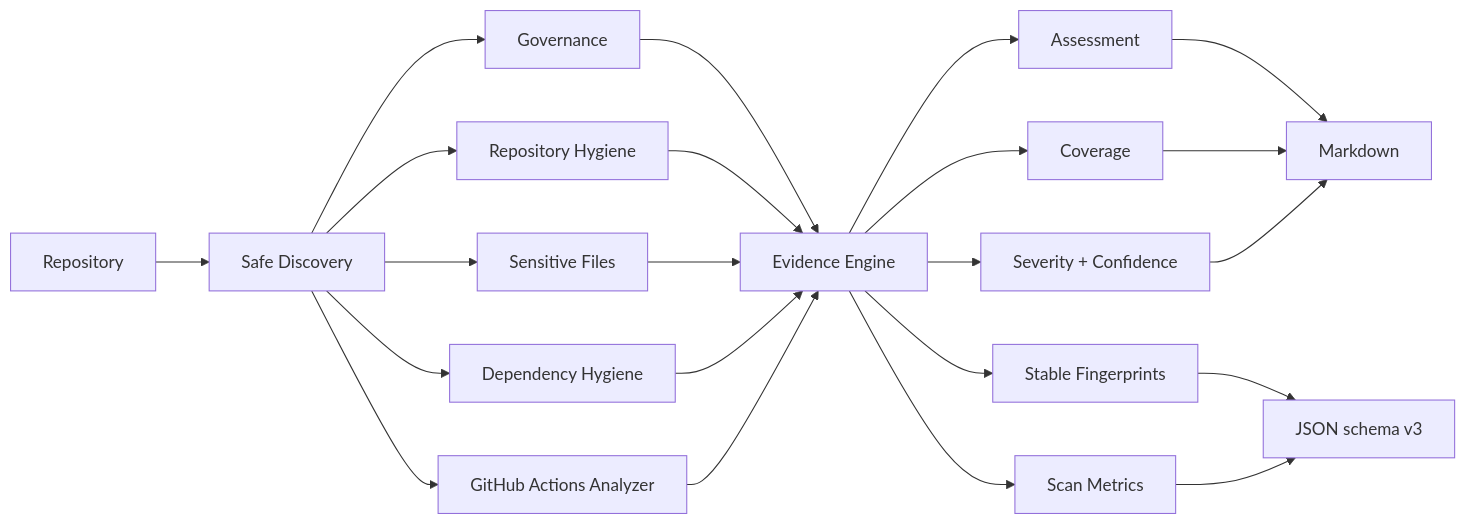
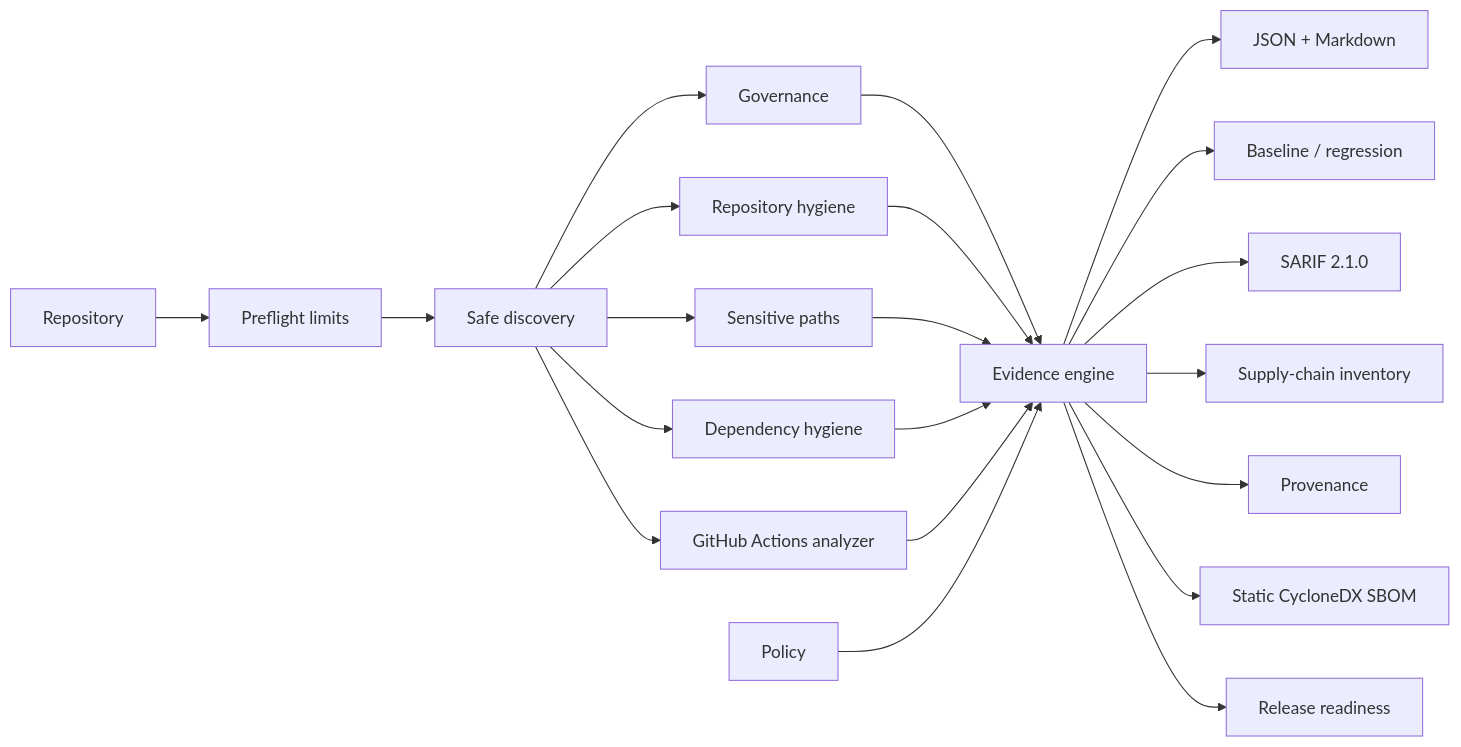
One commit to DKWesley13/DkWess changed the first of 2 diagrams in README.md. Above: the diagram before and after it, drawn with Mermaid. The commit also changed other lines of this file and 13 other files, not shown here.

````diff
--- a/README.md
+++ b/README.md
@@ -229,24 +234,26 @@
 ```mermaid
 flowchart LR
-    A[Repository] --> B[Safe Discovery]
-    B --> C[Governance]
-    B --> D[Repository Hygiene]
-    B --> E[Sensitive Files]
-    B --> F[Dependency Hygiene]
-    B --> G[GitHub Actions Analyzer]
-    C --> H[Evidence Engine]
-    D --> H
-    E --> H
-    F --> H
-    G --> H
-    H --> I[Assessment]
-    H --> J[Coverage]
-    H --> K[Severity + Confidence]
-    H --> L[Stable Fingerprints]
-    H --> M[Scan Metrics]
-    I --> N[Markdown]
-    J --> N
-    K --> N
-    L --> O[JSON schema v3]
-    M --> O
+    R[Repository] --> P[Preflight limits]
+    P --> D[Safe discovery]
+    D --> G[Governance]
+    D --> H[Repository hygiene]
+    D --> S[Sensitive paths]
+    D --> DEP[Dependency hygiene]
+    D --> A[GitHub Actions analyzer]
+
+    G --> E[Evidence engine]
+    H --> E
+    S --> E
+    DEP --> E
+    A --> E
+
+    E --> J[JSON + Markdown]
+    E --> B[Baseline / regression]
+    E --> SARIF[SARIF 2.1.0]
+    E --> SC[Supply-chain inventory]
+    E --> PR[Provenance]
+    E --> SB[Static CycloneDX SBOM]
+
+    POL[Policy] --> E
+    E --> RR[Release readiness]
 ```
````
